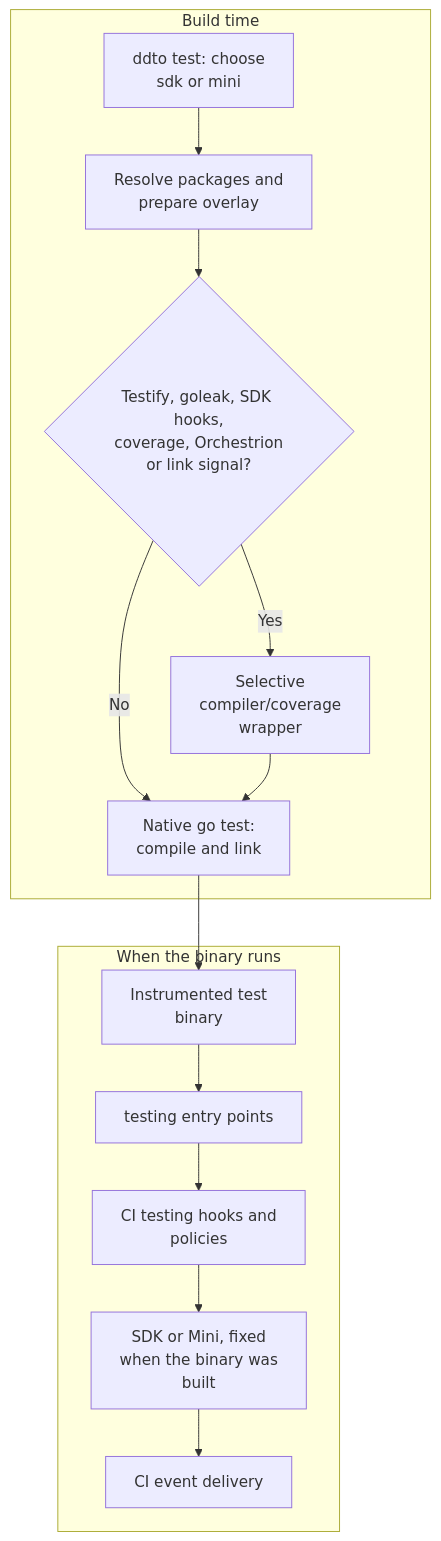
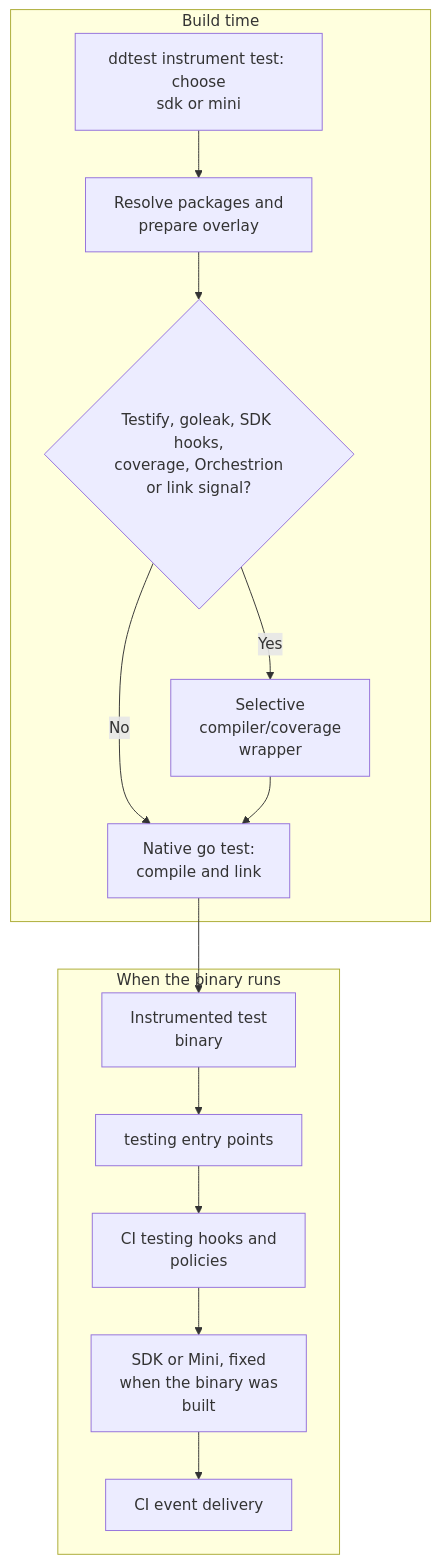
One commit to DataDog/ddtest changed the first of 6 diagrams in ddto/docs/architecture.md. Above: the diagram before and after it, drawn with Mermaid. The commit also changed 20 other files, not shown here.

First line of the commit message:
Use ddtest instrument in ddto's guides and records

````diff
--- a/ddto/docs/architecture.md
+++ b/ddto/docs/architecture.md
@@ -22,17 +22,17 @@
 ```mermaid
 flowchart TB
     subgraph build["Build time"]
-        CLI["ddto test: choose<br/>sdk or mini"] --> Plan["Resolve packages and<br/>prepare overlay"]
+        CLI["ddtest instrument test: choose<br/>sdk or mini"] --> Plan["Resolve packages and<br/>prepare overlay"]
         Plan --> Selection{"Testify, goleak, SDK hooks,<br/>coverage, Orchestrion<br/>or link signal?"}
         Selection -->|Yes| Tools["Selective<br/>compiler/coverage<br/>wrapper"]
         Selection -->|No| Go["Native go test:<br/>compile and link"]
         Tools --> Go
     end
     Go --> Binary["Instrumented test<br/>binary"]
     subgraph execution["When the binary runs"]
         Binary --> Testing["testing entry points"]
         Testing --> Hooks["CI testing hooks and<br/>policies"]
         Hooks --> Runtime["SDK or Mini, fixed<br/>when the binary was<br/>built"]
         Runtime --> Output["CI event delivery"]
     end
 ```
````
